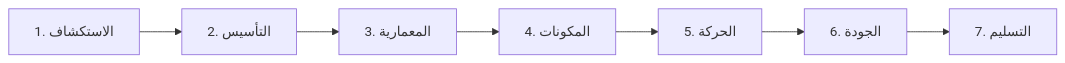
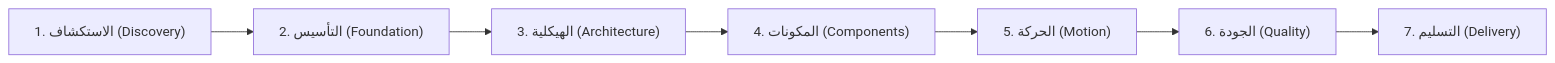
Before and after one commit to TidyFactor/Design: the diagram in README.ar.md, drawn with Mermaid. The commit also changed other lines of this file and 12 other files, not shown here.

````diff
--- a/README.ar.md
+++ b/README.ar.md
@@ -100,9 +184,9 @@
 ```mermaid
 graph LR
-    S1["1. الاستكشاف"] --> S2["2. التأسيس"]
-    S2 --> S3["3. المعمارية"]
-    S3 --> S4["4. المكونات"]
-    S4 --> S5["5. الحركة"]
-    S5 --> S6["6. الجودة"]
-    S6 --> S7["7. التسليم"]
+    S1["1. الاستكشاف (Discovery)"] --> S2["2. التأسيس (Foundation)"]
+    S2 --> S3["3. الهيكلية (Architecture)"]
+    S3 --> S4["4. المكونات (Components)"]
+    S4 --> S5["5. الحركة (Motion)"]
+    S5 --> S6["6. الجودة (Quality)"]
+    S6 --> S7["7. التسليم (Delivery)"]
 ```
````
